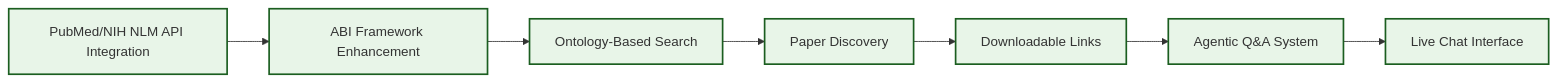
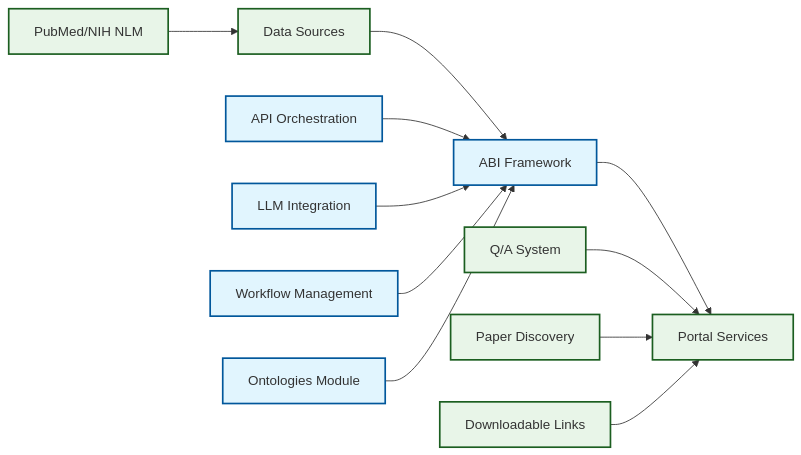
Before and after one commit to NCOR-Organization/HealthyPhases: the third of 4 diagrams in docs/resources/portal-development.md, drawn with Mermaid. The commit also changed other lines of this file, not shown here.

Commit message:
Update Phase 3 diagram to match Phase 4 architecture
- Restructure Phase 3 diagram to show modular ABI framework architecture
- Align Phase 3 with Phase 4 structure: Data Sources → ABI Framework → Portal Services
- Show ABI Framework with integrated modules (API Orchestration, LLM Integration, Workflow Management, Ontologies Module)
- Demonstrate current state that bridges to Phase 4's planned multi-source integration
- Update color legend to match Phase 4's blue ABI Framework coding
- Maintain consistency between current and target architecture diagrams

````diff
--- a/docs/resources/portal-development.md
+++ b/docs/resources/portal-development.md
@@ -145,13 +145,26 @@
 ```mermaid
 flowchart LR
-    A["PubMed/NIH NLM API Integration"] --> B["ABI Framework Enhancement"]
-    B --> C["Ontology-Based Search"]
-    C --> D["Paper Discovery"]
-    D --> E["Downloadable Links"]
-    E --> F["Agentic Q&A System"]
-    F --> G["Live Chat Interface"]
+    A[Data Sources] --> B[ABI Framework]
+    B --> C[Portal Services]
+    
+    A1["PubMed/NIH NLM"] --> A
+    
+    B1[API Orchestration] --> B
+    B2[LLM Integration] --> B
+    B3[Workflow Management] --> B
+    B4[Ontologies Module] --> B
+    
+    C1[Q/A System] --> C
+    C2[Paper Discovery] --> C
+    C3[Downloadable Links] --> C
     
     classDef completed fill:#e8f5e8,stroke:#1b5e20,stroke-width:2px
+    classDef data fill:#e8f5e8,stroke:#1b5e20,stroke-width:2px
+    classDef abi fill:#e1f5fe,stroke:#01579b,stroke-width:2px
+    classDef portal fill:#e8f5e8,stroke:#1b5e20,stroke-width:2px
     
-    class A,B,C,D,E,F,G completed
+    class A,C completed
+    class A1 data
+    class B,B1,B2,B3,B4 abi
+    class C1,C2,C3 portal
 ```
````
